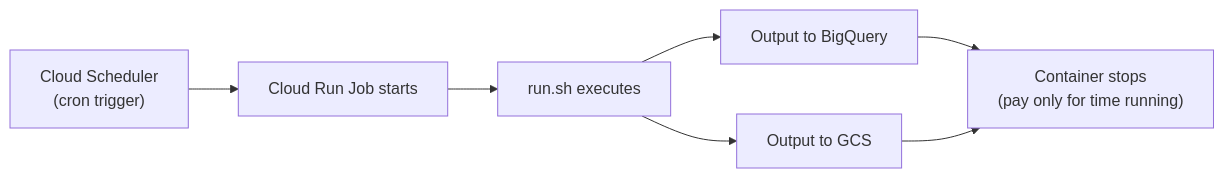
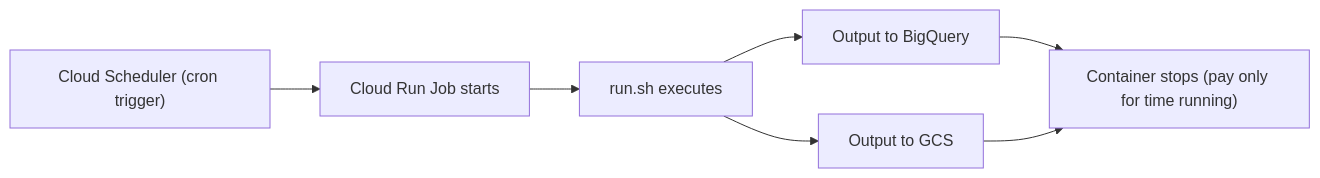
The sixth of 7 diagrams in docs/docker-containers.md (Ch3w3y/docker_gcp), drawn with Mermaid before and after one commit. The commit also changed other lines of this file and 10 other files, not shown here.

First line of the commit message:
Fix mermaid diagram rendering: replace literal \n with spaces

````diff
--- a/docs/docker-containers.md
+++ b/docs/docker-containers.md
@@ -258,8 +258,8 @@
 ```mermaid
 flowchart LR
-    T["Cloud Scheduler\n(cron trigger)"] --> J["Cloud Run Job starts"]
+    T["Cloud Scheduler (cron trigger)"] --> J["Cloud Run Job starts"]
     J --> R["run.sh executes"]
     R --> BQ["Output to BigQuery"]
     R --> GCS["Output to GCS"]
-    BQ & GCS --> STOP["Container stops\n(pay only for time running)"]
+    BQ & GCS --> STOP["Container stops (pay only for time running)"]
 ```
````
